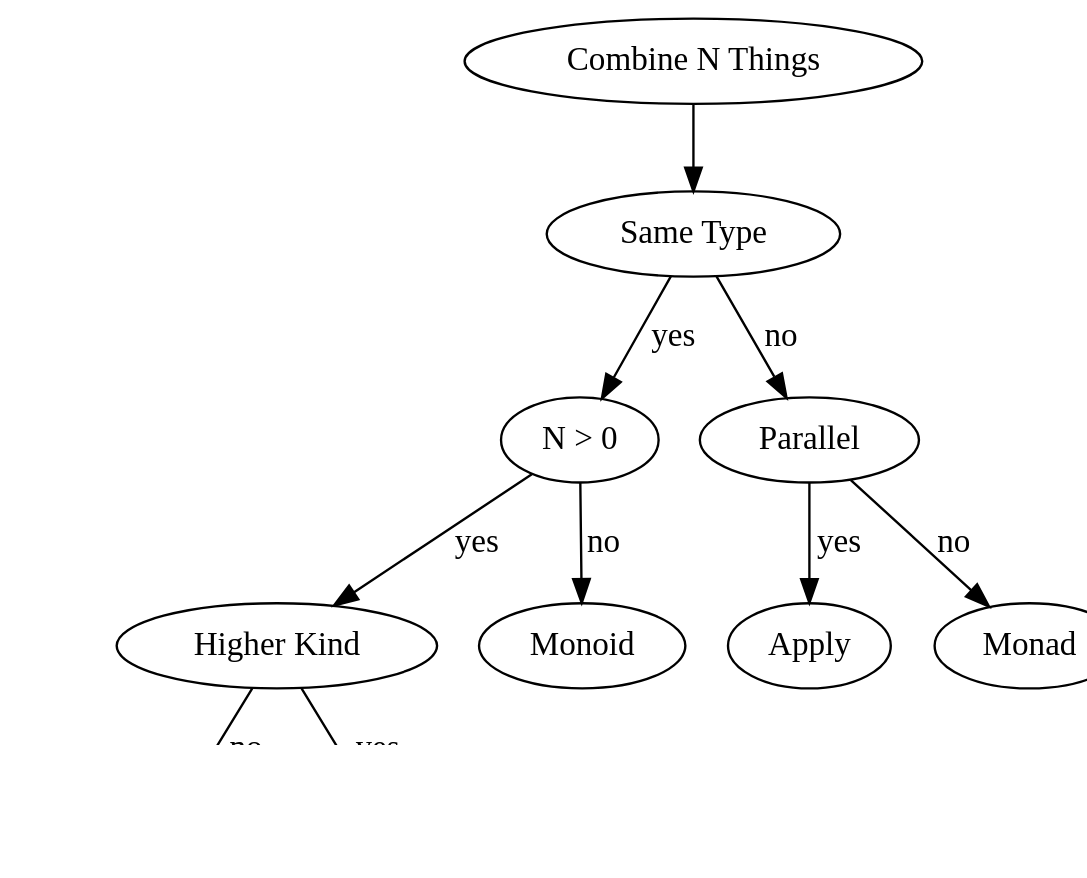
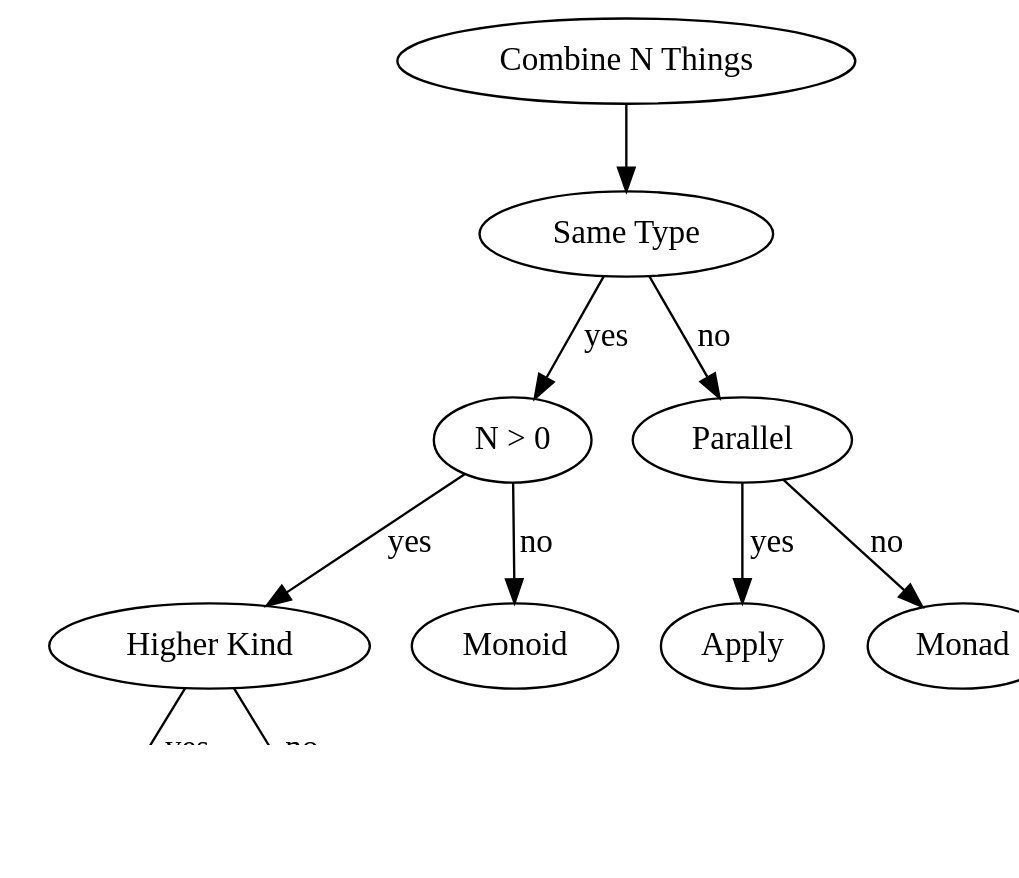
Diagram 18 of 18 in manuscript/book.org (fommil/fpmortals), drawn with Graphviz before and after one commit. The commit also changed other lines of this file and 3 other files, not shown here.

```diff
--- a/manuscript/book.org
+++ b/manuscript/book.org
@@ -5915,26 +5944,26 @@
 #+BEGIN_SRC dot :file images/shortest-fp-book.png :exports results
 digraph G {
     graph [dpi=100, rankdir=TB];
 
     things [label="Combine N Things"];
     type [label="Same Type"];
     gtzero [label="N > 0", fontname=Hack];
     hkt [label="Higher Kind"]
+    Plus [fontname=Hack]
+    Monoid [fontname=Hack];
     Semigroup [fontname=Hack];
-    Monoid [fontname=Hack];
-    Plus [fontname=Hack]
     parallel [label="Parallel"];
     Apply [fontname=Hack];
     Monad [fontname=Hack];
 
     things -> type;
     type -> gtzero [label="yes"];
     gtzero -> hkt [label="yes"]
     hkt -> Plus [label="yes"]
     hkt -> Semigroup [label="no"]
     gtzero -> Monoid [label="no"];
     type -> parallel [label="no"];
     parallel -> Apply [label="yes"];
     parallel -> Monad [label="no"];
 }
 #+END_SRC
```
